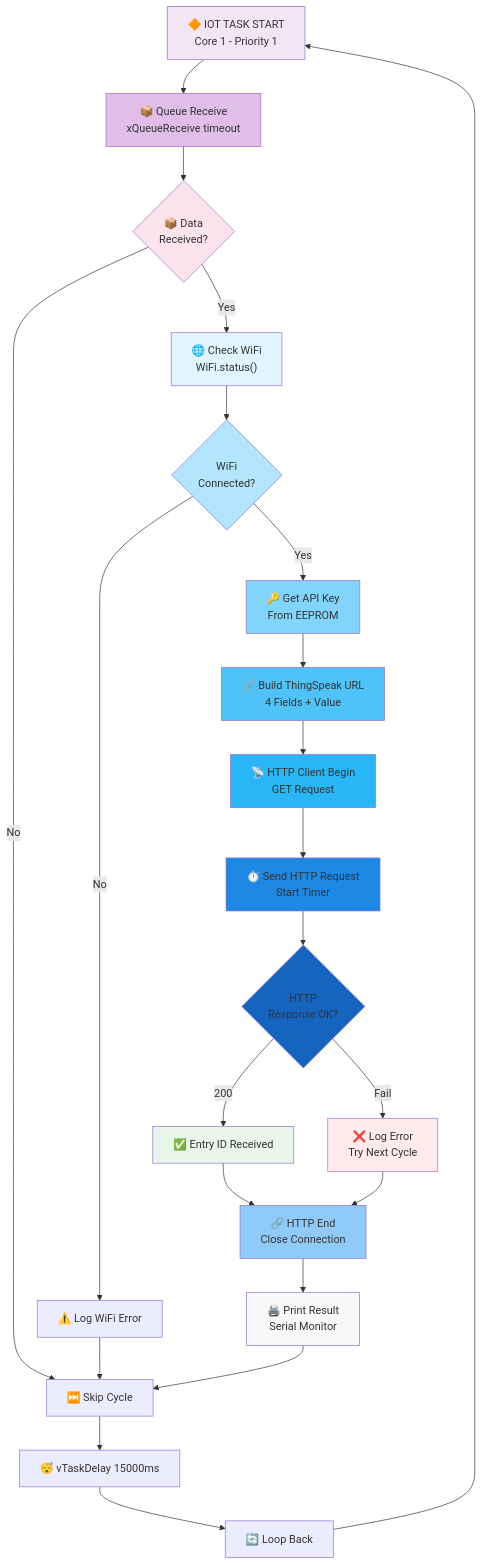
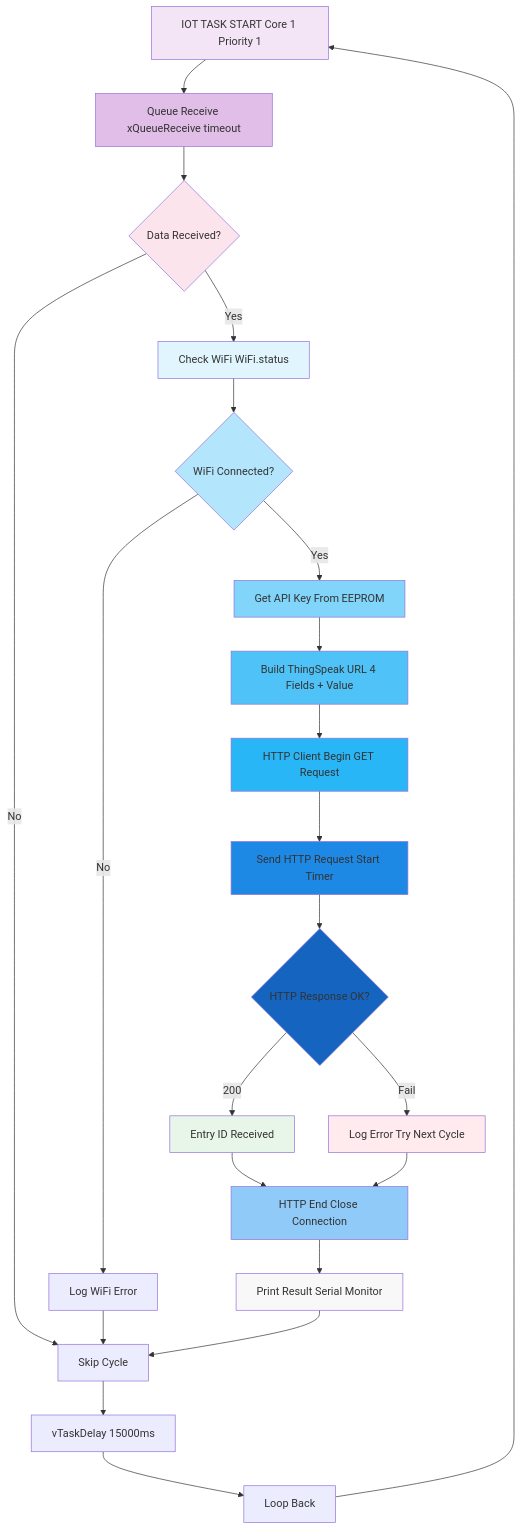
The ninth of 25 diagrams in README.md (ficrammanifur/ESP32-RTOS-Environmental-Monitor), drawn with Mermaid before and after one commit. The commit also changed other lines of this file, not shown here.

````diff
--- a/README.md
+++ b/README.md
@@ -441,58 +441,58 @@
 ```mermaid
 flowchart TD
-    A["🔶 IOT TASK START<br/>Core 1 - Priority 1"]
-    B["📦 Queue Receive<br/>xQueueReceive timeout"]
-    C{📦 Data<br/>Received?}
-    D["🌐 Check WiFi<br/>WiFi.status()"]
-    E{WiFi<br/>Connected?}
-    F["⚠️ Log WiFi Error"]
-    G["🔑 Get API Key<br/>From EEPROM"]
-    H["🔗 Build ThingSpeak URL<br/>4 Fields + Value"]
-    I["📡 HTTP Client Begin<br/>GET Request"]
-    J["⏱️ Send HTTP Request<br/>Start Timer"]
-    K{HTTP<br/>Response OK?}
-    L["✅ Entry ID Received"]
-    M["❌ Log Error<br/>Try Next Cycle"]
-    N["🔗 HTTP End<br/>Close Connection"]
-    O["🖨️ Print Result<br/>Serial Monitor"]
-    Z["⏭️ Skip Cycle"]
-    P["😴 vTaskDelay 15000ms"]
-    Q["🔄 Loop Back"]
+    A[IOT TASK START Core 1 Priority 1]
+    B[Queue Receive xQueueReceive timeout]
+    C{Data Received?}
+    D[Check WiFi WiFi.status]
+    E{WiFi Connected?}
+    F[Log WiFi Error]
+    G[Get API Key From EEPROM]
+    H[Build ThingSpeak URL 4 Fields + Value]
+    I[HTTP Client Begin GET Request]
+    J[Send HTTP Request Start Timer]
+    K{HTTP Response OK?}
+    L[Entry ID Received]
+    M[Log Error Try Next Cycle]
+    N[HTTP End Close Connection]
+    O[Print Result Serial Monitor]
+    Z[Skip Cycle]
+    P[vTaskDelay 15000ms]
+    Q[Loop Back]
     
     A --> B
     B --> C
     C -->|Yes| D
     C -->|No| Z
     D --> E
     E -->|No| F
     E -->|Yes| G
     F --> Z
     G --> H
     H --> I
     I --> J
     J --> K
     K -->|200| L
     K -->|Fail| M
     L --> N
     M --> N
     N --> O
     O --> Z
     Z --> P
     P --> Q
     Q --> A
     
     style A fill:#f3e5f5
     style B fill:#e1bee7
     style C fill:#fce4ec
     style D fill:#e1f5fe
     style E fill:#b3e5fc
     style G fill:#81d4fa
     style H fill:#4fc3f7
     style I fill:#29b6f6
     style J fill:#1e88e5
     style K fill:#1565c0
     style L fill:#e8f5e9
     style M fill:#ffebee
     style N fill:#90caf9
     style O fill:#f8f8f8
 ```
````
